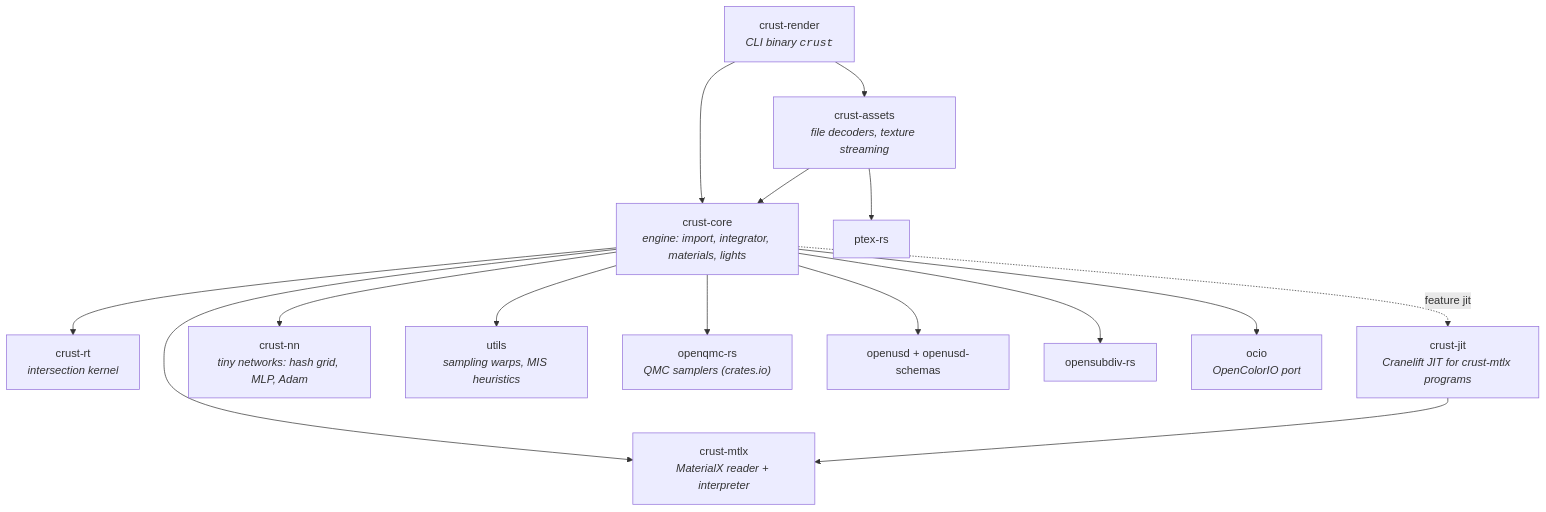
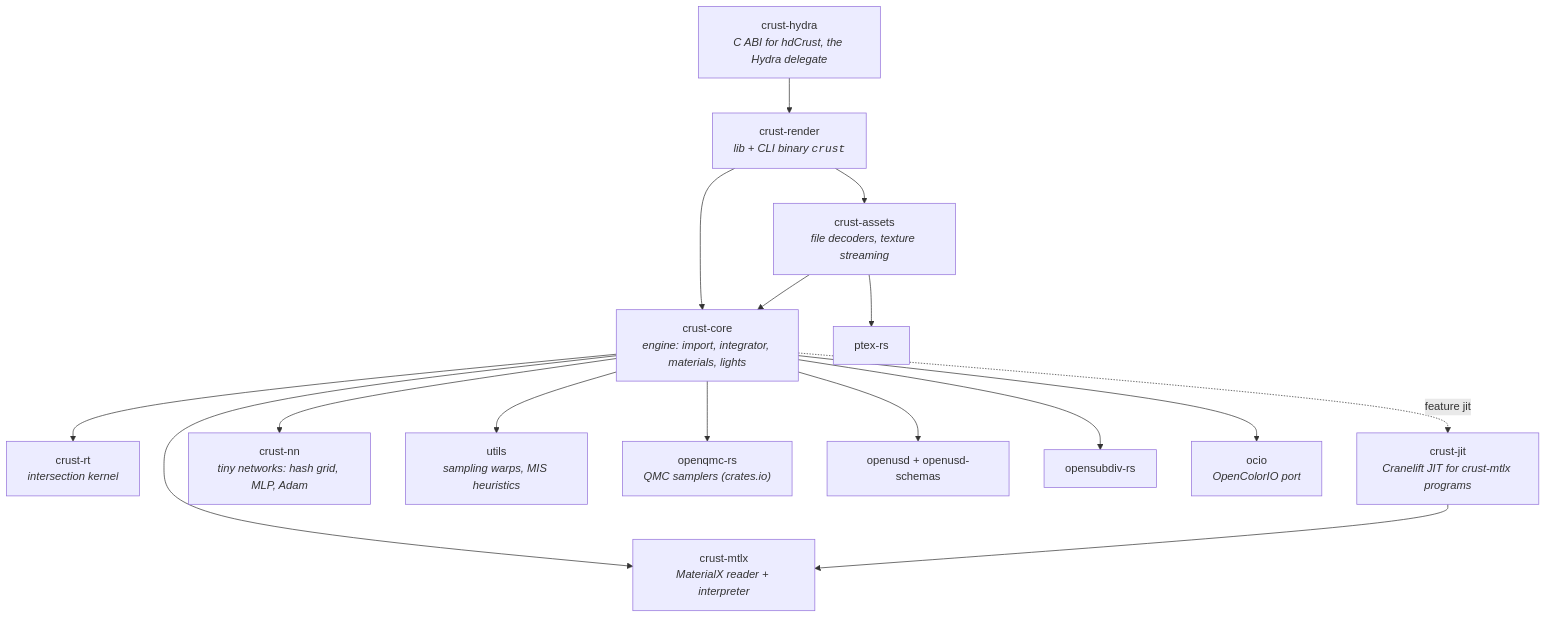
Before and after one commit to doubleailes/crust-render: the diagram in docs/architecture.md, drawn with Mermaid. The commit also changed other lines of this file and 62 other files, not shown here.

First line of the commit message:
Render usdview's viewport with crust through a Hydra delegate (hydra-render-delegate)

````diff
--- a/docs/architecture.md
+++ b/docs/architecture.md
@@ -13,31 +13,33 @@
 ```mermaid
 graph TD
-    render["crust-render<br/><i>CLI binary <code>crust</code></i>"]
+    hydra["crust-hydra<br/><i>C ABI for hdCrust, the Hydra delegate</i>"]
+    render["crust-render<br/><i>lib + CLI binary <code>crust</code></i>"]
     assets["crust-assets<br/><i>file decoders, texture streaming</i>"]
     core["crust-core<br/><i>engine: import, integrator, materials, lights</i>"]
     rt["crust-rt<br/><i>intersection kernel</i>"]
     mtlx["crust-mtlx<br/><i>MaterialX reader + interpreter</i>"]
     jit["crust-jit<br/><i>Cranelift JIT for crust-mtlx programs</i>"]
     nn["crust-nn<br/><i>tiny networks: hash grid, MLP, Adam</i>"]
     utils["utils<br/><i>sampling warps, MIS heuristics</i>"]
     oqmc["openqmc-rs<br/><i>QMC samplers (crates.io)</i>"]
     usd["openusd + openusd-schemas"]
     ptex["ptex-rs"]
     osd["opensubdiv-rs"]
     ocio["ocio<br/><i>OpenColorIO port</i>"]
 
+    hydra --> render
     render --> core
     render --> assets
     assets --> core
     assets --> ptex
     core --> rt
     core --> mtlx
     core --> nn
     core -. "feature jit" .-> jit
     jit --> mtlx
     core --> utils
     core --> oqmc
     core --> usd
     core --> osd
     core --> ocio
 ```
````
